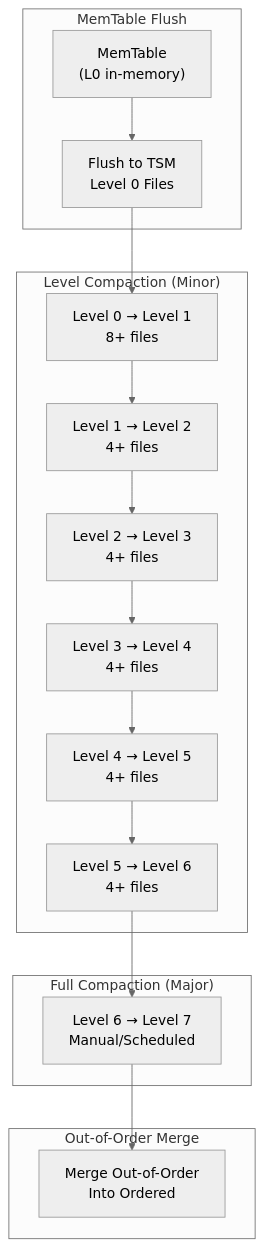
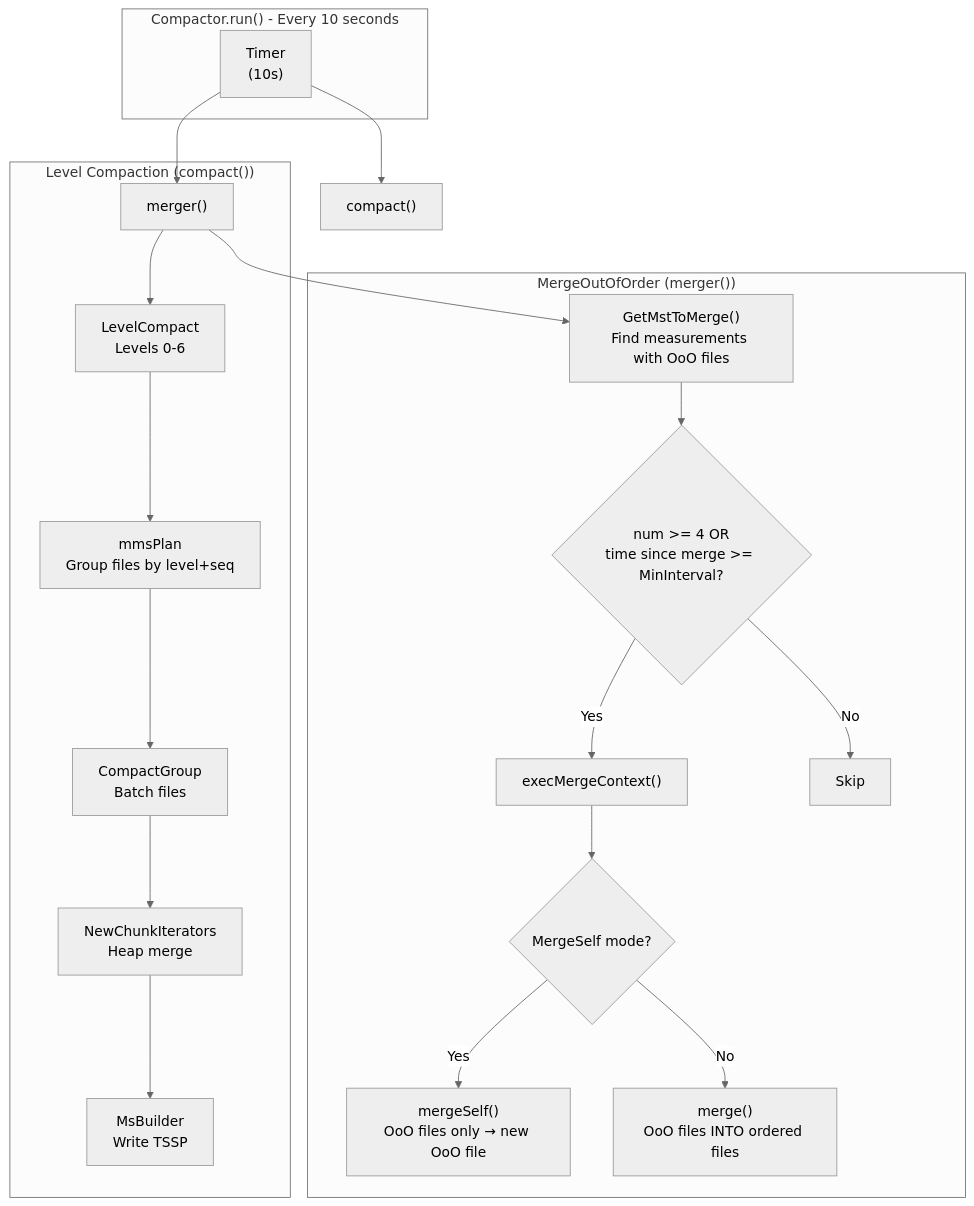
Before and after one commit to stefanv5/openGemini: the fourth of 40 diagrams in openspec/specs/spec.md, drawn with Mermaid (neutral theme). The commit also changed other lines of this file, not shown here.

First line of the commit message:
fix: correct MergeOutOfOrder flow - independent from FullCompact

````diff
--- a/openspec/specs/spec.md
+++ b/openspec/specs/spec.md
@@ -425,23 +425,27 @@
 ```mermaid
 flowchart TD
-    subgraph "MemTable Flush"
-        A["MemTable<br/>(L0 in-memory)"] --> B["Flush to TSM<br/>Level 0 Files"]
+    subgraph "Compactor.run() - Every 10 seconds"
+        T["Timer<br/>(10s)"]
     end
     
-    subgraph "Level Compaction (Minor)"
-        B --> C["Level 0 → Level 1<br/>8+ files"]
-        C --> D["Level 1 → Level 2<br/>4+ files"]
-        D --> E["Level 2 → Level 3<br/>4+ files"]
-        E --> F["Level 3 → Level 4<br/>4+ files"]
-        F --> G["Level 4 → Level 5<br/>4+ files"]
-        G --> H["Level 5 → Level 6<br/>4+ files"]
+    T --> M["merger()"]
+    T --> C["compact()"]
+    
+    subgraph "Level Compaction (compact())"
+        M --> L["LevelCompact<br/>Levels 0-6"]
+        L --> L1["mmsPlan<br/>Group files by level+seq"]
+        L1 --> L2["CompactGroup<br/>Batch files"]
+        L2 --> L3["NewChunkIterators<br/>Heap merge"]
+        L3 --> L4["MsBuilder<br/>Write TSSP"]
     end
     
-    subgraph "Full Compaction (Major)"
-        H --> I["Level 6 → Level 7<br/>Manual/Scheduled"]
-    end
-    
-    subgraph "Out-of-Order Merge"
-        I --> J["Merge Out-of-Order<br/>Into Ordered"]
+    subgraph "MergeOutOfOrder (merger())"
+        M --> O["GetMstToMerge()<br/>Find measurements with OoO files"]
+        O --> O1{"num >= 4 OR<br/>time since merge >= MinInterval?"}
+        O1 -->|Yes| O2["execMergeContext()"]
+        O1 -->|No| O3["Skip"]
+        O2 --> O4{"MergeSelf mode?"}
+        O4 -->|Yes| S["mergeSelf()<br/>OoO files only → new OoO file"]
+        O4 -->|No| T2["merge()<br/>OoO files INTO ordered files"]
     end
 ```
````
